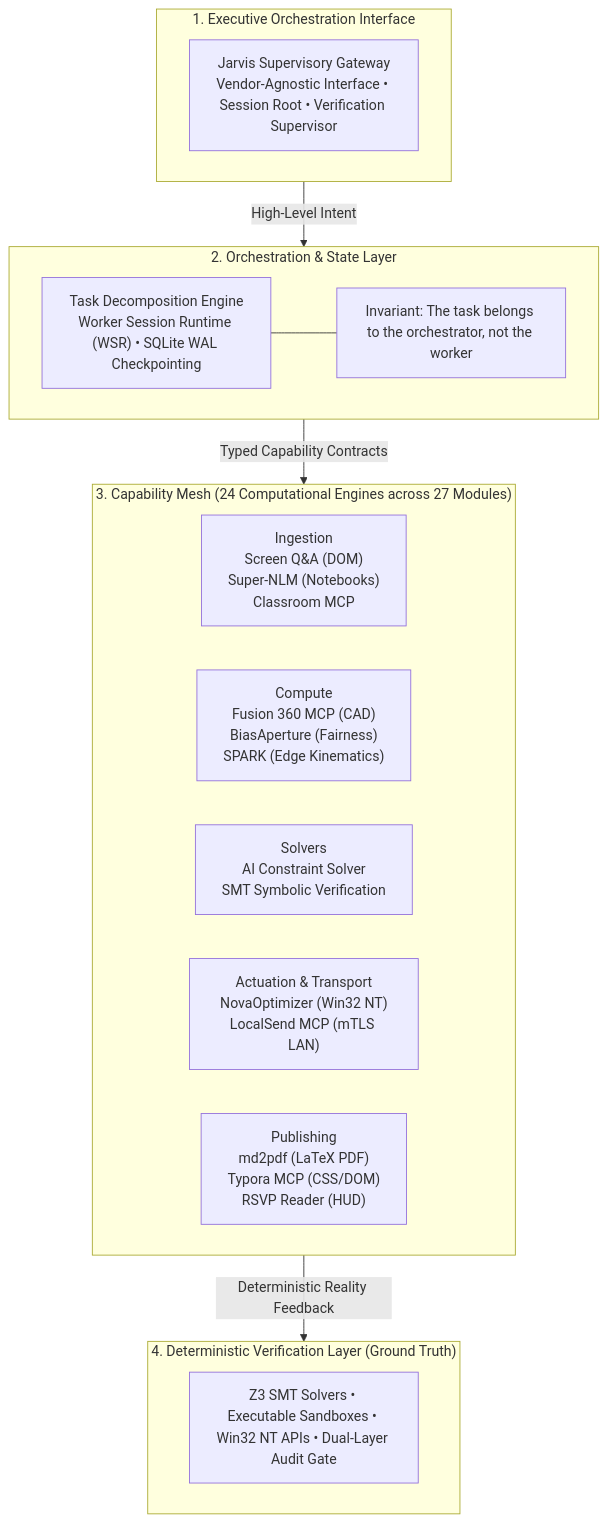
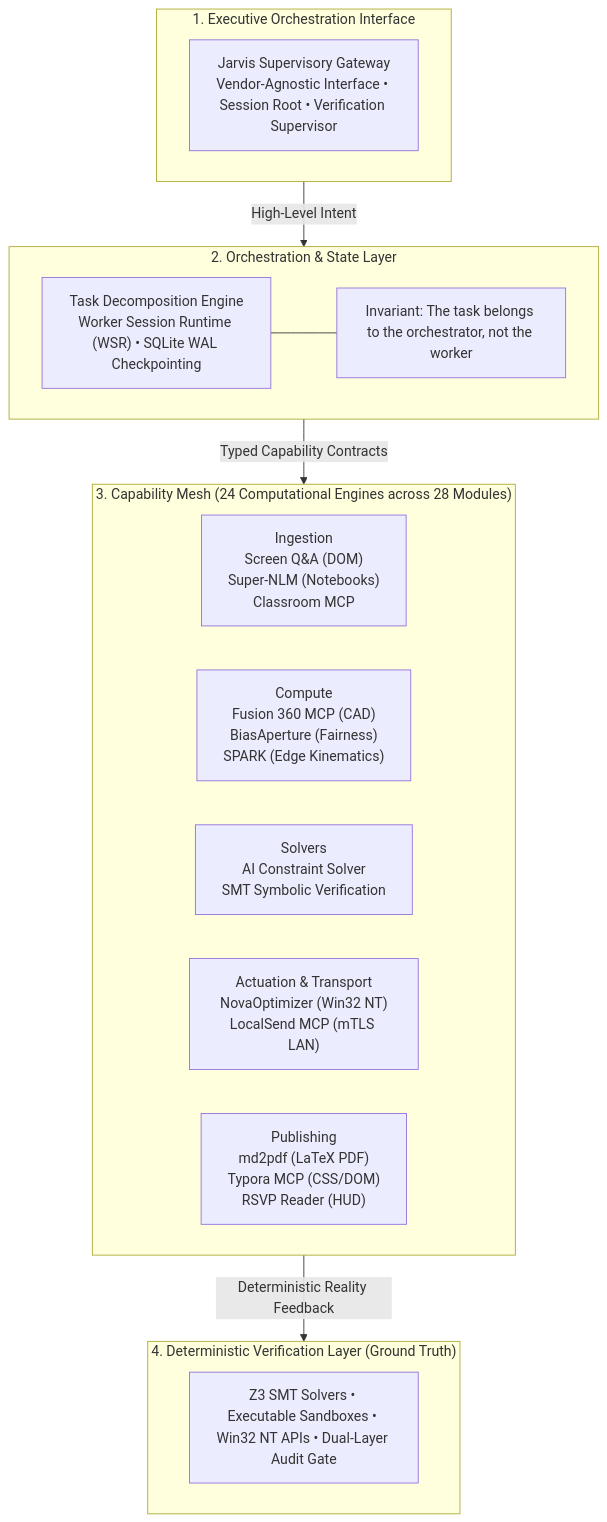
The first of 2 diagrams in README.md (Aaradhya-Dev-Tamrakar/brainstorm), drawn with Mermaid before and after one commit. The commit also changed 12 other files, not shown here.

````diff
--- a/README.md
+++ b/README.md
@@ -60,28 +60,28 @@
 ```mermaid
 flowchart TD
     subgraph Executive ["1. Executive Orchestration Interface"]
         Jarvis["Jarvis Supervisory Gateway<br/>Vendor-Agnostic Interface • Session Root • Verification Supervisor"]
     end
 
     subgraph StateLayer ["2. Orchestration & State Layer"]
         Orch["Task Decomposition Engine<br/>Worker Session Runtime (WSR) • SQLite WAL Checkpointing"]
         InvRule["Invariant: The task belongs to the orchestrator, not the worker"]
         Orch --- InvRule
     end
 
-    subgraph Mesh ["3. Capability Mesh (24 Computational Engines across 27 Modules)"]
+    subgraph Mesh ["3. Capability Mesh (24 Computational Engines across 28 Modules)"]
         Ingestion["Ingestion<br/>Screen Q&A (DOM)<br/>Super-NLM (Notebooks)<br/>Classroom MCP"]
         Compute["Compute<br/>Fusion 360 MCP (CAD)<br/>BiasAperture (Fairness)<br/>SPARK (Edge Kinematics)"]
         Solvers["Solvers<br/>AI Constraint Solver<br/>SMT Symbolic Verification"]
         Actuation["Actuation & Transport<br/>NovaOptimizer (Win32 NT)<br/>LocalSend MCP (mTLS LAN)"]
         Publishing["Publishing<br/>md2pdf (LaTeX PDF)<br/>Typora MCP (CSS/DOM)<br/>RSVP Reader (HUD)"]
     end
 
     subgraph GroundTruth ["4. Deterministic Verification Layer (Ground Truth)"]
         SolversSMT["Z3 SMT Solvers • Executable Sandboxes • Win32 NT APIs • Dual-Layer Audit Gate"]
     end
 
     Executive -->|"High-Level Intent"| StateLayer
     StateLayer -->|"Typed Capability Contracts"| Mesh
     Mesh -->|"Deterministic Reality Feedback"| GroundTruth
 ```
````
